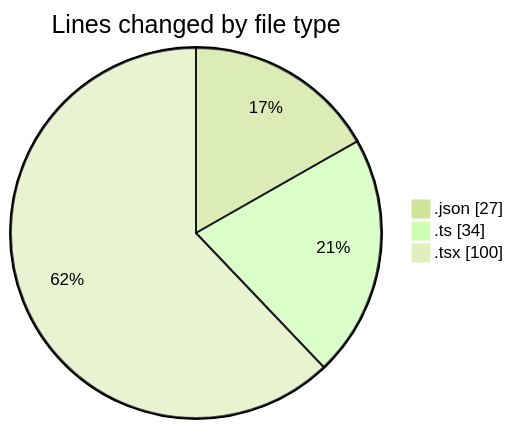
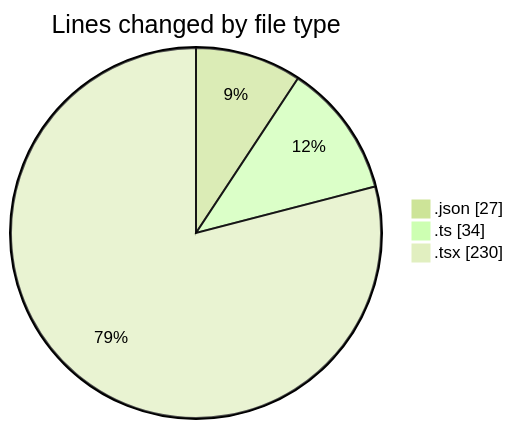
One commit to Ritupan-Deka/code-tracking changed the first of 2 diagrams in 2025-05-22/aiexpensetracker/README.md. Above: the diagram before and after it, drawn with Mermaid (forest theme). The commit also changed other lines of this file and 1 other file, not shown here.

````diff
--- a/2025-05-22/aiexpensetracker/README.md
+++ b/2025-05-22/aiexpensetracker/README.md
@@ -23,7 +25,7 @@
 ```mermaid
 pie showData
 title Lines changed by file type
 ".json" : 27
 ".ts" : 34
-".tsx" : 100
+".tsx" : 230
 ```
````
